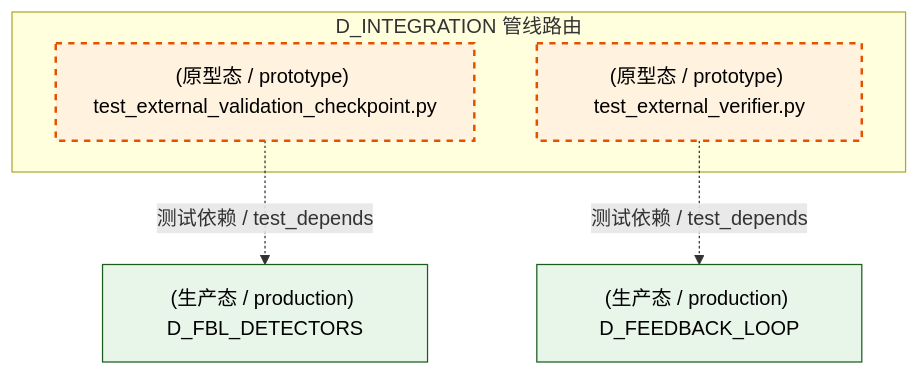
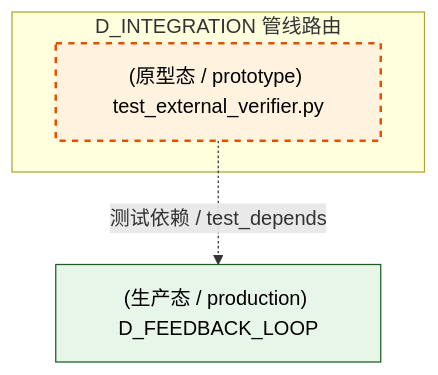
The fourth of 7 diagrams in docs/02_enterprise_architecture/02_domain_architecture_docs/18_d_integration.md (xuanFelixVan/ZephyrAlpha), drawn with Mermaid before and after one commit. The commit also changed other lines of this file and 125 other files, not shown here.

````diff
--- a/docs/02_enterprise_architecture/02_domain_architecture_docs/18_d_integration.md
+++ b/docs/02_enterprise_architecture/02_domain_architecture_docs/18_d_integration.md
@@ -497,17 +494,14 @@
 ```mermaid
 graph TD
     subgraph D_INTEGRATION["D_INTEGRATION 管线路由"]
-        tests_external_test_external_validation_checkpoint_py["(原型态 / prototype) test_external_validation_checkpoint.py"]
         tests_external_test_external_verifier_py["(原型态 / prototype) test_external_verifier.py"]
     end
-    D_FBL_DETECTORS["(生产态 / production) D_FBL_DETECTORS"]
-    tests_external_test_external_validation_checkpoint_py -.->|测试依赖 / test_depends| D_FBL_DETECTORS
     D_FEEDBACK_LOOP["(生产态 / production) D_FEEDBACK_LOOP"]
     tests_external_test_external_verifier_py -.->|测试依赖 / test_depends| D_FEEDBACK_LOOP
     classDef production fill:#e1f5fe,stroke:#01579b,stroke-width:2px,color:#000
     classDef design fill:#fff3e0,stroke:#e65100,stroke-width:2px,color:#000,stroke-dasharray: 5 5
     classDef external_prod fill:#e8f5e9,stroke:#1b5e20,stroke-width:1px,color:#000
     classDef external_design fill:#fce4ec,stroke:#880e4f,stroke-width:1px,color:#000,stroke-dasharray: 5 5
-    class tests_external_test_external_validation_checkpoint_py,tests_external_test_external_verifier_py design
-    class D_FBL_DETECTORS,D_FEEDBACK_LOOP external_prod
+    class tests_external_test_external_verifier_py design
+    class D_FEEDBACK_LOOP external_prod
 ```
````
